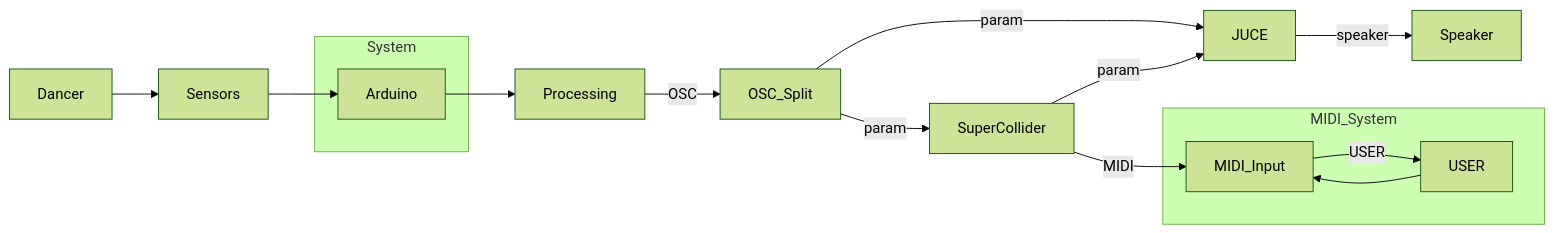
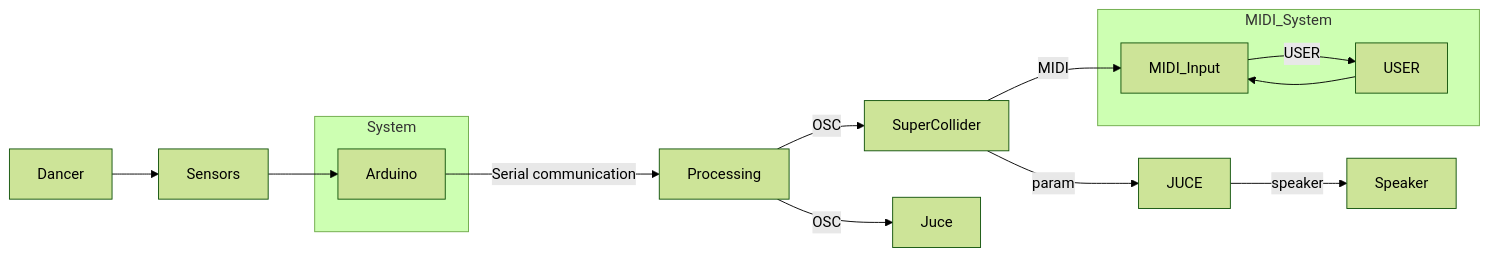
One commit to GiulianoDiLorenzo/Jacob-SuperCollier changed the first of 2 diagrams in README.md. Above: the diagram before and after it, drawn with Mermaid (forest theme).

````diff
--- a/README.md
+++ b/README.md
@@ -6,23 +6,23 @@
 ```mermaid
 graph LR
     Dancer --> Sensors
-    Sensors --> Arduino
-    Arduino --> Processing
+    Sensors -->Arduino
+    Arduino -->|Serial communication| Processing
     
-    Processing -->|OSC| OSC_Split
-    OSC_Split -->|param| JUCE
-    OSC_Split -->|param| SuperCollider
+    Processing -->|OSC| SuperCollider
+    Processing -->|OSC| Juce
+
     SuperCollider -->|param| JUCE
     SuperCollider -->|MIDI| MIDI_Input
     MIDI_Input -->|USER| USER
     
     JUCE -->|speaker| Speaker
 
     subgraph System
         Arduino
     end
     
     subgraph MIDI_System
         USER --> MIDI_Input
     end
 ```
````
